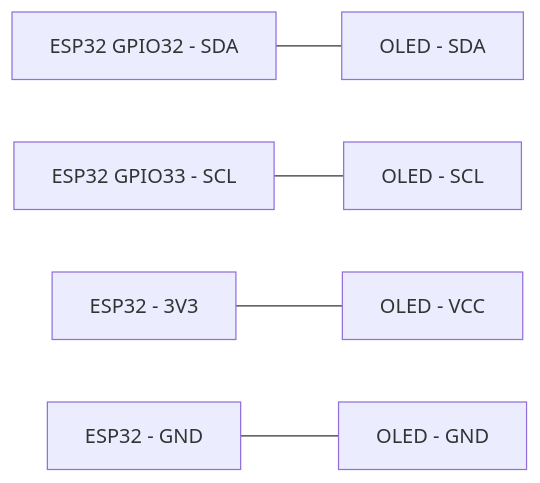
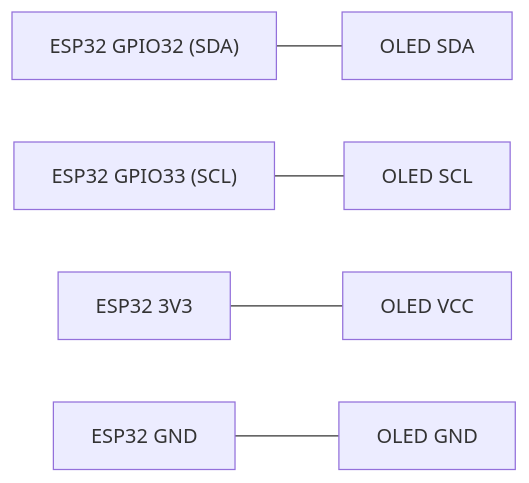
The second of 3 diagrams in README.md (bertaldearias/BCA188-Laboratory-8), drawn with Mermaid before and after one commit. The commit also changed other lines of this file, not shown here.

````diff
--- a/README.md
+++ b/README.md
@@ -93,7 +105,7 @@
 ```mermaid
 flowchart LR
-    SDA["ESP32 GPIO32 - SDA"] --- OSDA["OLED - SDA"]
-    SCL["ESP32 GPIO33 - SCL"] --- OSCL["OLED - SCL"]
-    VCC["ESP32 - 3V3"] --- OVCC["OLED - VCC"]
-    GND["ESP32 - GND"] --- OGND["OLED - GND"]
+    A["ESP32 GPIO32 (SDA)"] --- B["OLED SDA"]
+    C["ESP32 GPIO33 (SCL)"] --- D["OLED SCL"]
+    E["ESP32 3V3"] --- F["OLED VCC"]
+    G["ESP32 GND"] --- H["OLED GND"]
 ```
````
